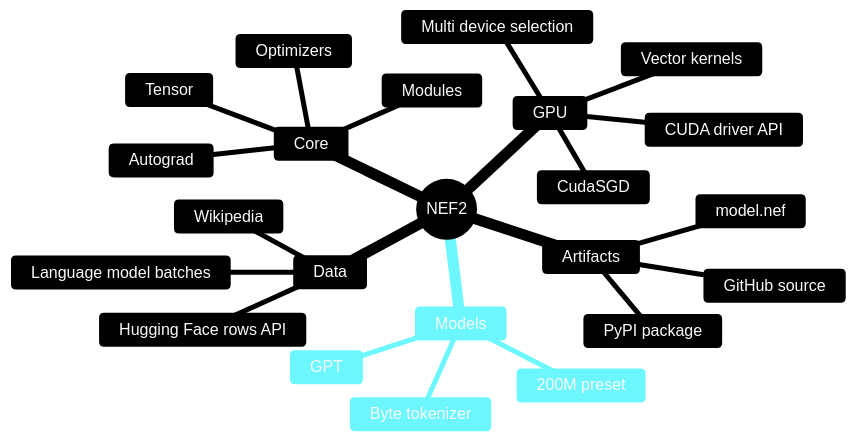
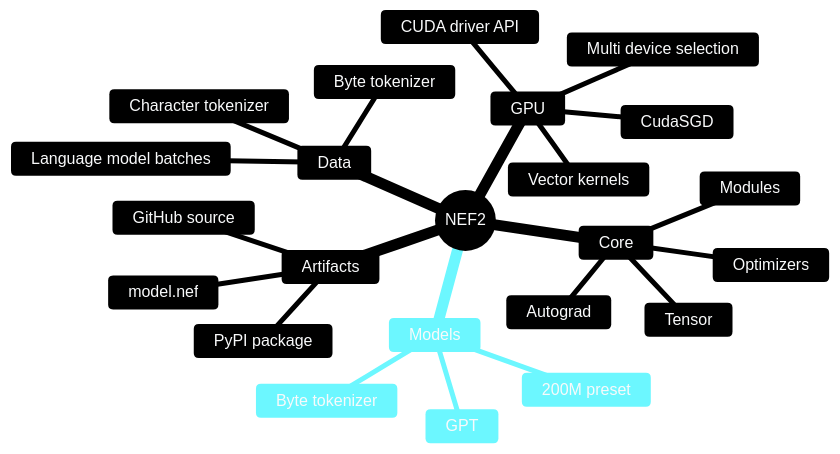
One commit to Hexa08/NEF2 changed the second of 3 diagrams in README.md. Above: the diagram before and after it, drawn with Mermaid. The commit also changed other lines of this file and 13 other files, not shown here.

````diff
--- a/README.md
+++ b/README.md
@@ -96,27 +97,27 @@
 ```mermaid
 %%{init: {"theme": "base", "themeVariables": {"primaryColor": "#111827", "primaryTextColor": "#f9fafb", "lineColor": "#0f766e", "tertiaryColor": "#ecfeff"}}}%%
 mindmap
   root((NEF2))
     Core
       Tensor
       Autograd
       Modules
       Optimizers
     Models
       GPT
       200M preset
       Byte tokenizer
     Data
-      Wikipedia
-      Hugging Face rows API
+      Character tokenizer
+      Byte tokenizer
       Language model batches
     GPU
       CUDA driver API
       Multi device selection
       Vector kernels
       CudaSGD
     Artifacts
       PyPI package
       GitHub source
       model.nef
 ```
````
